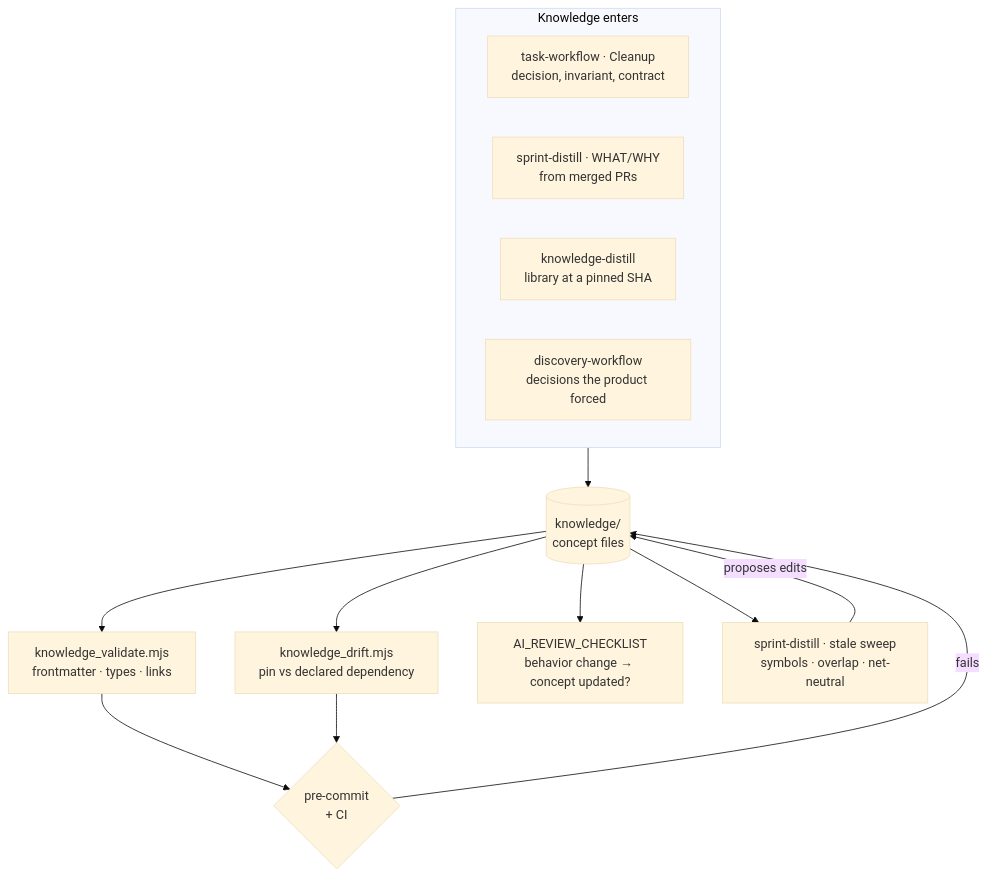
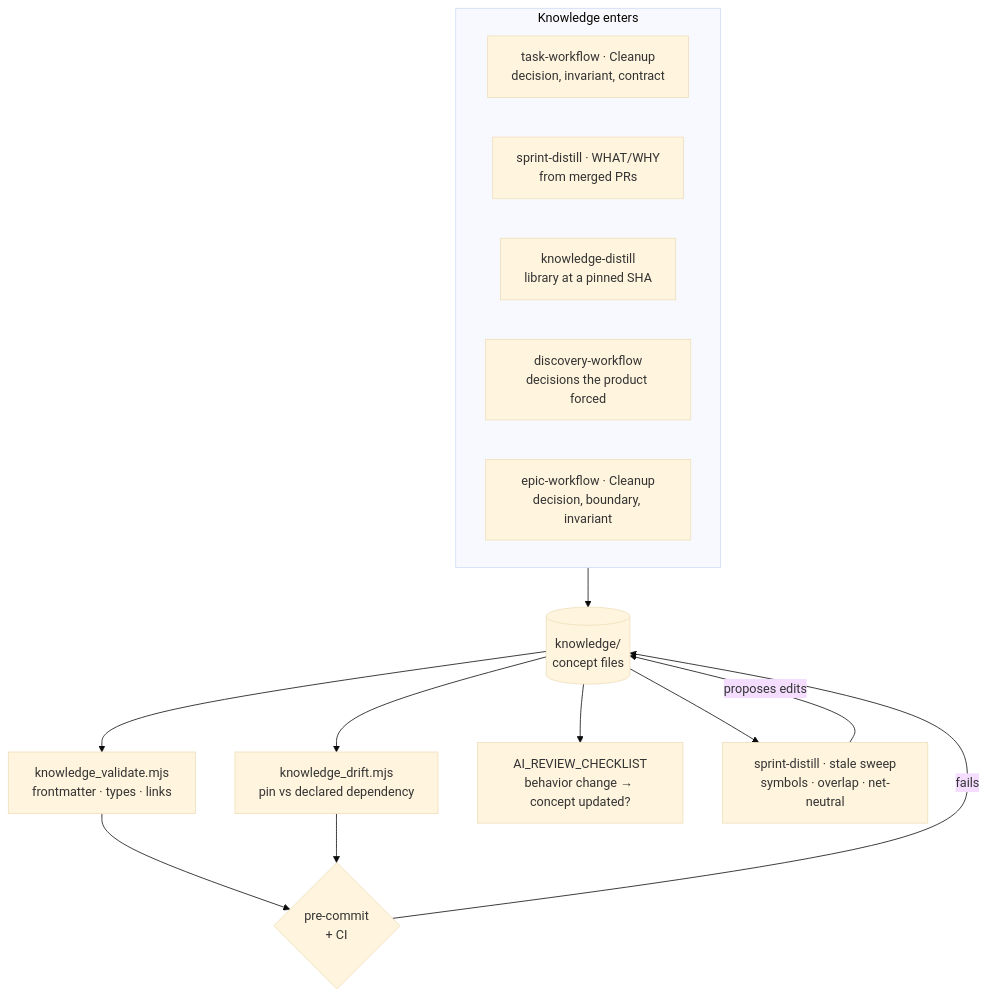
One commit to tammai/bigin-skills changed the diagram in docs/KNOWLEDGE.md. Above: the diagram before and after it, drawn with Mermaid (base theme). The commit also changed 10 other files, not shown here.

````diff
--- a/docs/KNOWLEDGE.md
+++ b/docs/KNOWLEDGE.md
@@ -106,21 +106,22 @@
 ```mermaid
 flowchart TD
     subgraph in["Knowledge enters"]
         A["task-workflow · Cleanup<br/>decision, invariant, contract"]
         B["sprint-distill · WHAT/WHY<br/>from merged PRs"]
         C["knowledge-distill<br/>library at a pinned SHA"]
         E["discovery-workflow<br/>decisions the product forced"]
+        F["epic-workflow · Cleanup<br/>decision, boundary, invariant"]
     end
 
     in --> K[("knowledge/<br/>concept files")]
 
     K --> V["knowledge_validate.mjs<br/>frontmatter · types · links"]
     K --> D["knowledge_drift.mjs<br/>pin vs declared dependency"]
     V --> G{"pre-commit<br/>+ CI"}
     D --> G
     G -->|fails| K
 
     K --> R["AI_REVIEW_CHECKLIST<br/>behavior change → concept updated?"]
     K --> S["sprint-distill · stale sweep<br/>symbols · overlap · net-neutral"]
     S -->|proposes edits| K
 ```
````
